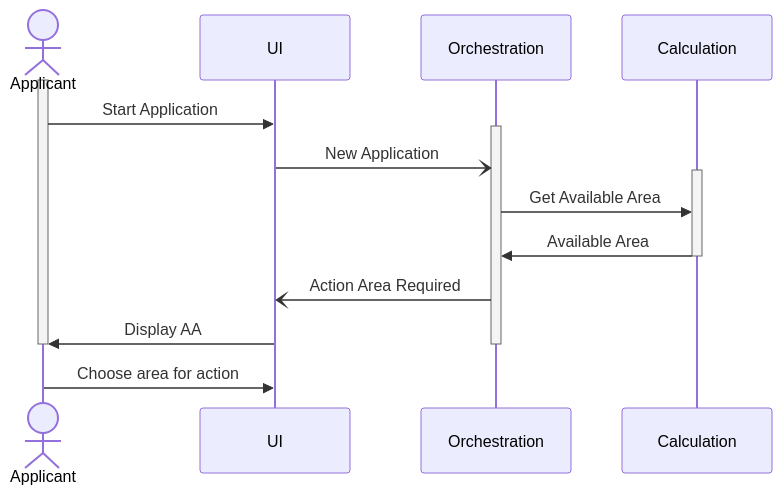
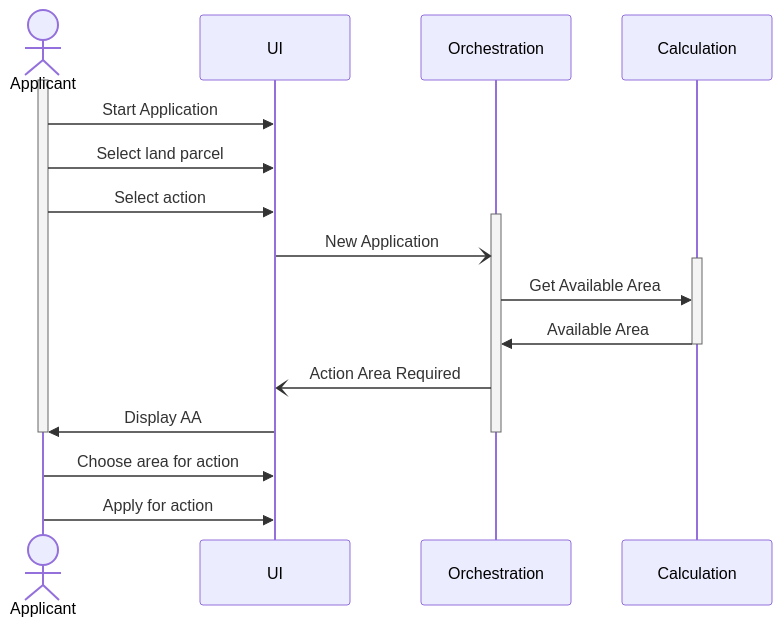
Before and after one commit to DEFRA/ffc-rps-scratchpad: the second of 4 diagrams in architecture.md, drawn with Mermaid. The commit also changed other lines of this file, not shown here.

Commit message:
added more to demo sequence diagram

````diff
--- a/architecture.md
+++ b/architecture.md
@@ -32,20 +32,24 @@
 ```mermaid
 sequenceDiagram
 actor Applicant
 participant UI
 participant Orchestration
 participant Calculation
 activate Applicant
 Applicant->>UI: Start Application
+Applicant->>UI: Select land parcel
+Applicant->>UI: Select action 
 activate Orchestration
 UI-)Orchestration: New Application
 activate Calculation
 Orchestration->>Calculation: Get Available Area
 Calculation->>Orchestration: Available Area
 deactivate Calculation
 Orchestration-)UI: Action Area Required
 UI->>Applicant: Display AA 
 deactivate Orchestration
 deactivate Applicant
 Applicant->>UI: Choose area for action 
+Applicant->>UI: Apply for action
+
 ```
````
